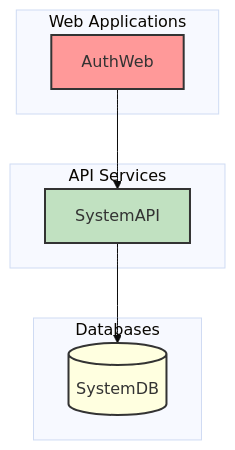
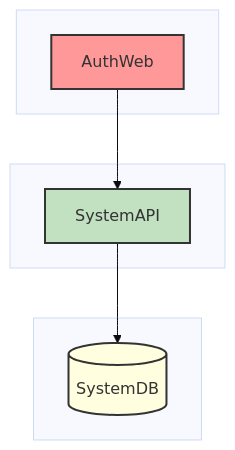
One commit to AstroBookings/.github changed the first of 2 diagrams in profile/1-analysis/5_0-astrobookings-authentication-domain.md. Above: the diagram before and after it, drawn with Mermaid (base theme). The commit also changed 1 other file, not shown here.

Commit message:
feat: clean graph

````diff
--- a/profile/1-analysis/5_0-astrobookings-authentication-domain.md
+++ b/profile/1-analysis/5_0-astrobookings-authentication-domain.md
@@ -66,28 +66,28 @@
 ```mermaid
 graph TD
-    subgraph Web Applications
+    subgraph Web Applications[" "]
         AuthWeb[AuthWeb]
     end
 
-    subgraph API Services
+    subgraph API Services[" "]
         SystemAPI[SystemAPI]
     end
 
-    subgraph Databases
+    subgraph Databases[" "]
         SystemDB[(SystemDB)]
     end
 
     %% Web to API connections
     AuthWeb --> SystemAPI
 
     %% API to Database connection
     SystemAPI --> SystemDB
 
     %% Style
     classDef web fill:#FF9999,stroke:#333,stroke-width:2px;
     classDef api fill:#C1E1C1,stroke:#333,stroke-width:2px;
     classDef db fill:#FFFFE0,stroke:#333,stroke-width:2px;
     class AuthWeb web;
     class SystemAPI api;
     class SystemDB db;
 ```
````
